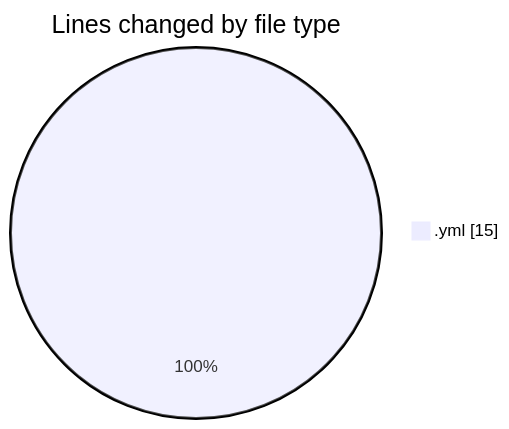
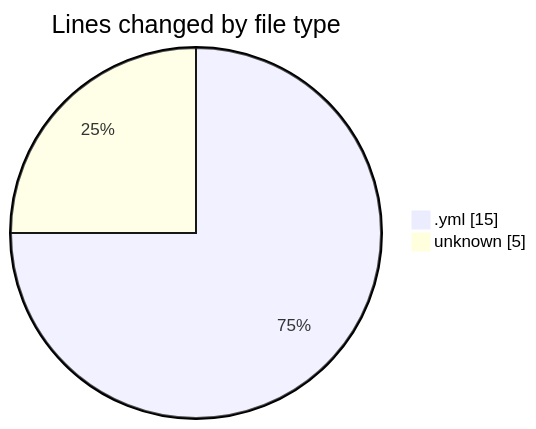
Before and after one commit to hasnaa123/code-tracking: the first of 2 diagrams in 2026-11-22/credit-risk-platform/README.md, drawn with Mermaid. The commit also changed other lines of this file and 1 other file, not shown here.

````diff
--- a/2026-11-22/credit-risk-platform/README.md
+++ b/2026-11-22/credit-risk-platform/README.md
@@ -20,5 +21,6 @@
 ```mermaid
 pie showData
 title Lines changed by file type
 ".yml" : 15
+"unknown" : 5
 ```
````
